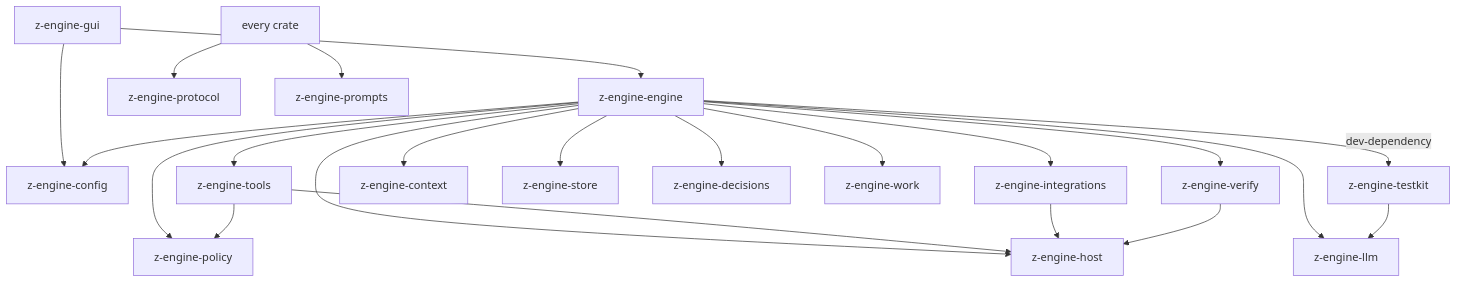
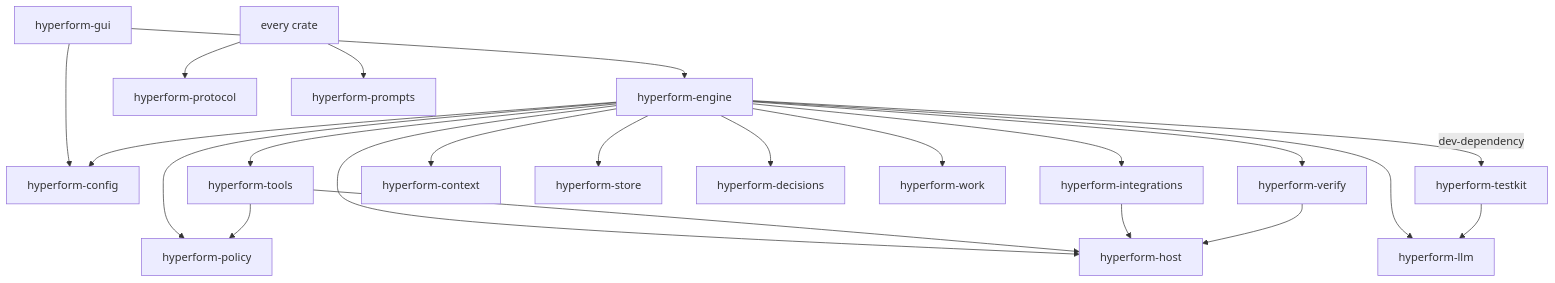
One commit to arshadbarves/hyperform changed the diagram in docs/how-it-works/crates.md. Above: the diagram before and after it, drawn with Mermaid. The commit also changed other lines of this file and 3036 other files, not shown here.

Commit message:
refactor!: rename all crates, modules, binary, and references from z-engine to hyperform

````diff
--- a/docs/how-it-works/crates.md
+++ b/docs/how-it-works/crates.md
@@ -31,24 +31,24 @@
 ```mermaid
 flowchart TD
-  gui["z-engine-gui"] --> engine["z-engine-engine"]
-  gui --> config["z-engine-config"]
-  engine --> tools["z-engine-tools"]
-  engine --> integrations["z-engine-integrations"]
-  engine --> verify["z-engine-verify"]
-  engine --> context["z-engine-context"]
-  engine --> llm["z-engine-llm"]
+  gui["hyperform-gui"] --> engine["hyperform-engine"]
+  gui --> config["hyperform-config"]
+  engine --> tools["hyperform-tools"]
+  engine --> integrations["hyperform-integrations"]
+  engine --> verify["hyperform-verify"]
+  engine --> context["hyperform-context"]
+  engine --> llm["hyperform-llm"]
   engine --> config
-  engine --> store["z-engine-store"]
-  engine --> decisions["z-engine-decisions"]
-  engine --> work["z-engine-work"]
-  engine --> policy["z-engine-policy"]
-  engine --> host["z-engine-host"]
-  engine -->|"dev-dependency"| testkit["z-engine-testkit"]
+  engine --> store["hyperform-store"]
+  engine --> decisions["hyperform-decisions"]
+  engine --> work["hyperform-work"]
+  engine --> policy["hyperform-policy"]
+  engine --> host["hyperform-host"]
+  engine -->|"dev-dependency"| testkit["hyperform-testkit"]
   tools --> policy
   tools --> host
   integrations --> host
   verify --> host
   testkit --> llm
-  everyCrate["every crate"] --> protocol["z-engine-protocol"]
-  everyCrate --> prompts["z-engine-prompts"]
+  everyCrate["every crate"] --> protocol["hyperform-protocol"]
+  everyCrate --> prompts["hyperform-prompts"]
 ```
````
